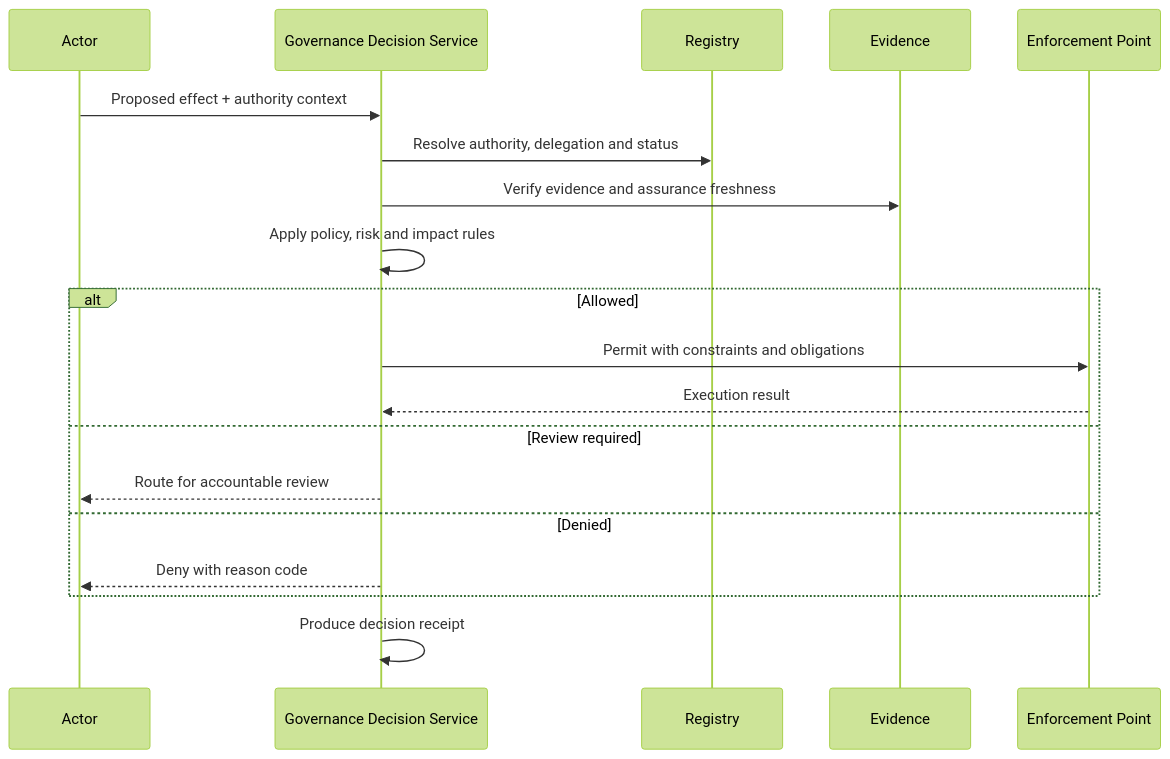
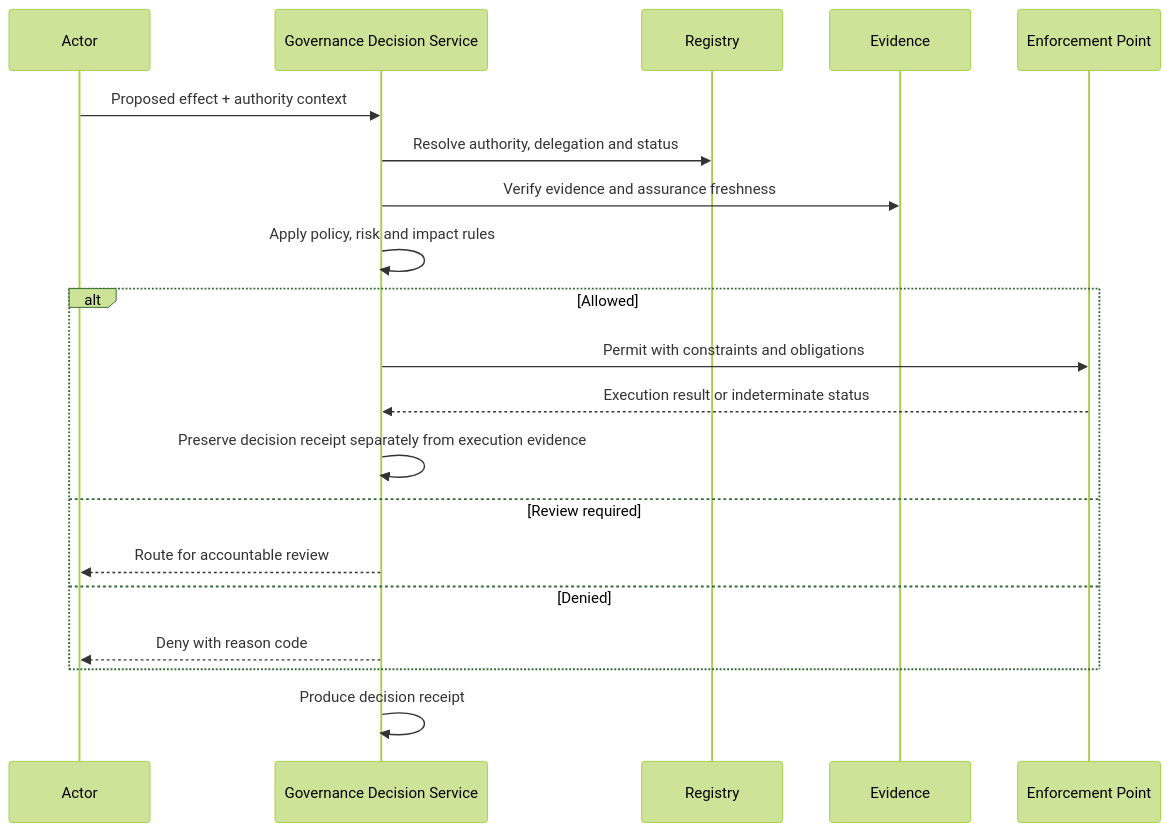
The fourth of 11 diagrams in diagrams/architecture-diagrams.md (qbf-consulting/governance-authority-assurance-metamodel), drawn with Mermaid (forest theme) before and after one commit. The commit also changed other lines of this file and 13 other files, not shown here.

````diff
--- a/diagrams/architecture-diagrams.md
+++ b/diagrams/architecture-diagrams.md
@@ -65,21 +73,22 @@
 ```mermaid
 sequenceDiagram
   participant Requester as Actor
   participant PDP as Governance Decision Service
   participant Registry
   participant Evidence
   participant Tool as Enforcement Point
   Requester->>PDP: Proposed effect + authority context
   PDP->>Registry: Resolve authority, delegation and status
   PDP->>Evidence: Verify evidence and assurance freshness
   PDP->>PDP: Apply policy, risk and impact rules
   alt Allowed
     PDP->>Tool: Permit with constraints and obligations
-    Tool-->>PDP: Execution result
+    Tool-->>PDP: Execution result or indeterminate status
+    PDP->>PDP: Preserve decision receipt separately from execution evidence
   else Review required
     PDP-->>Requester: Route for accountable review
   else Denied
     PDP-->>Requester: Deny with reason code
   end
   PDP->>PDP: Produce decision receipt
 ```
````
